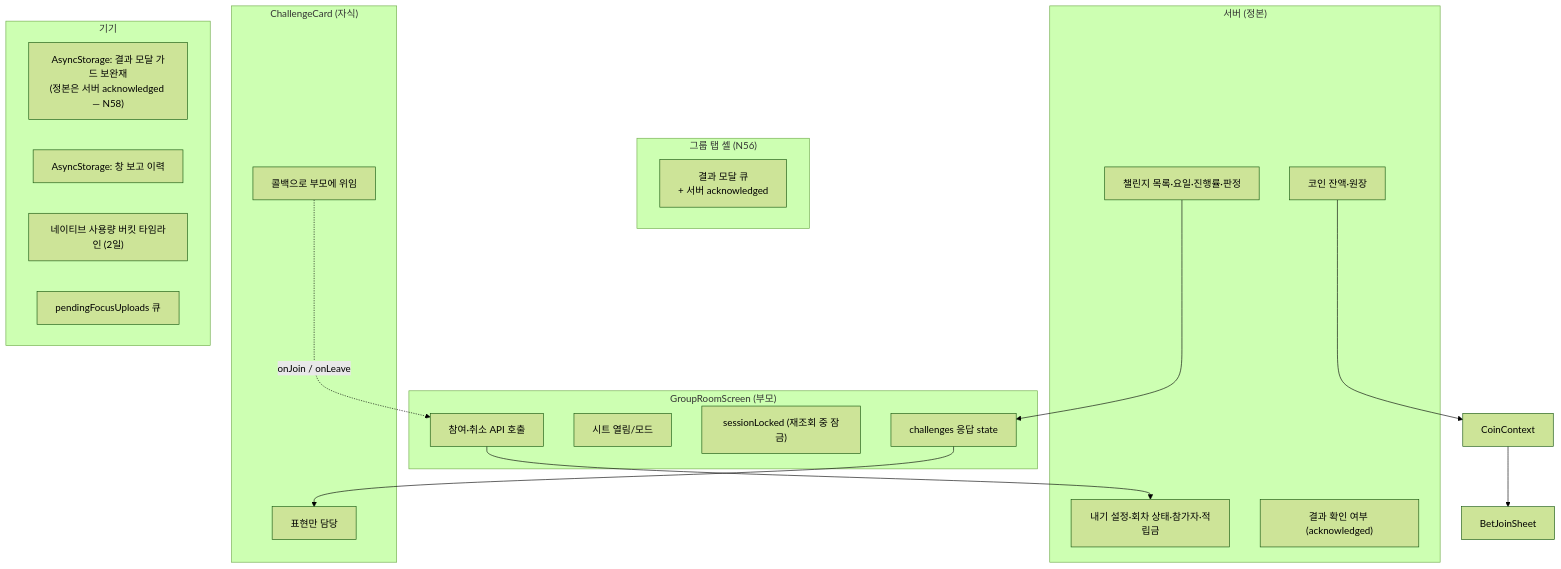
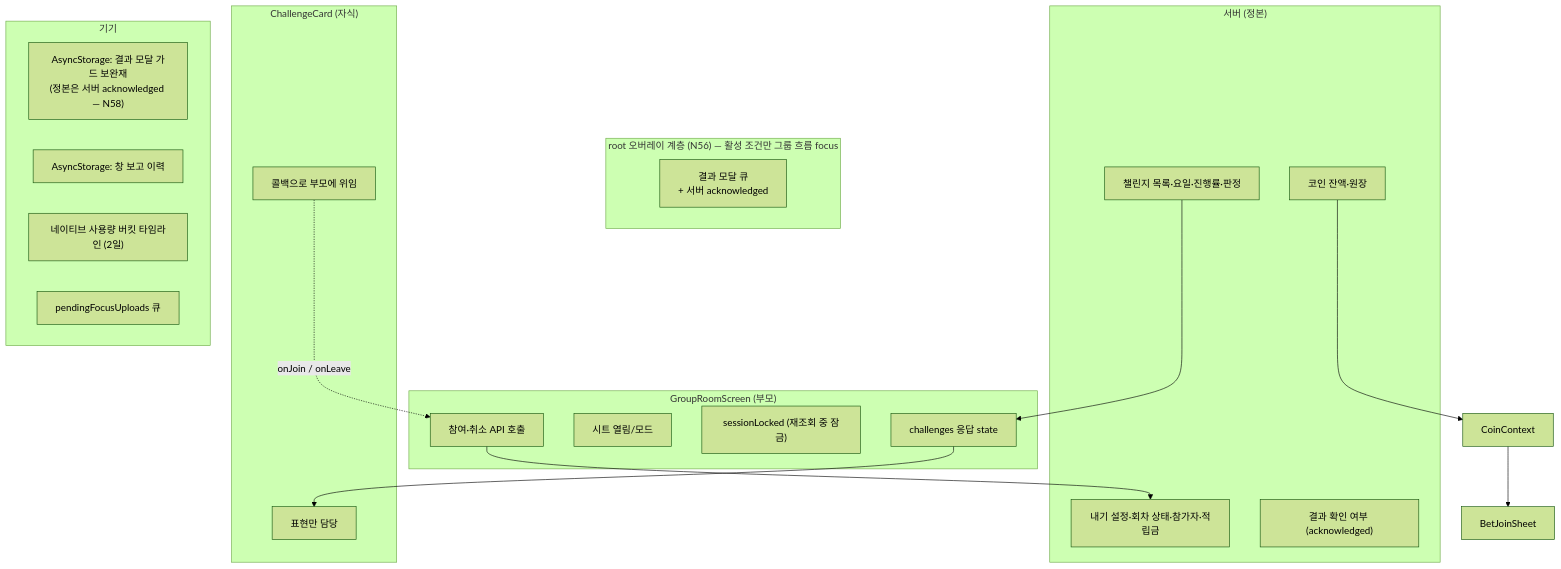
Diagram 11 of 11 in docs/prd/challenge/information-architecture.md (OneOrThree/phone), drawn with Mermaid (forest theme) before and after one commit. The commit also changed other lines of this file, not shown here.

First line of the commit message:
[DOC] GROMO-1576 소유자 표·§7 다이어그램을 root 계층으로 · 만료 claim 재검증 명시

````diff
--- a/docs/prd/challenge/information-architecture.md
+++ b/docs/prd/challenge/information-architecture.md
@@ -710,33 +717,33 @@
 ```mermaid
 flowchart TB
     subgraph server["서버 (정본)"]
         SV1["챌린지 목록·요일·진행률·판정"]
         SV2["내기 설정·회차 상태·참가자·적립금"]
         SV3["코인 잔액·원장"]
         SV4["결과 확인 여부 (acknowledged)"]
     end
     subgraph parent["GroupRoomScreen (부모)"]
         P1["challenges 응답 state"]
         P2["시트 열림/모드"]
         P3["sessionLocked (재조회 중 잠금)"]
         P5["참여·취소 API 호출"]
     end
-    subgraph shell["그룹 탭 셸 (N56)"]
+    subgraph shell["root 오버레이 계층 (N56) — 활성 조건만 그룹 흐름 focus"]
         P4["결과 모달 큐<br/>+ 서버 acknowledged"]
     end
     subgraph card["ChallengeCard (자식)"]
         K1["표현만 담당"]
         K2["콜백으로 부모에 위임"]
     end
     subgraph device["기기"]
         D1["AsyncStorage: 결과 모달 가드 보완재<br/>(정본은 서버 acknowledged — N58)"]
         D2["AsyncStorage: 창 보고 이력"]
         D3["네이티브 사용량 버킷 타임라인 (2일)"]
         D4["pendingFocusUploads 큐"]
     end
 
     SV1 --> P1 --> K1
     K2 -.->|"onJoin / onLeave"| P5
     P5 --> SV2
     SV3 --> CC["CoinContext"] --> SH["BetJoinSheet"]
 ```
````
